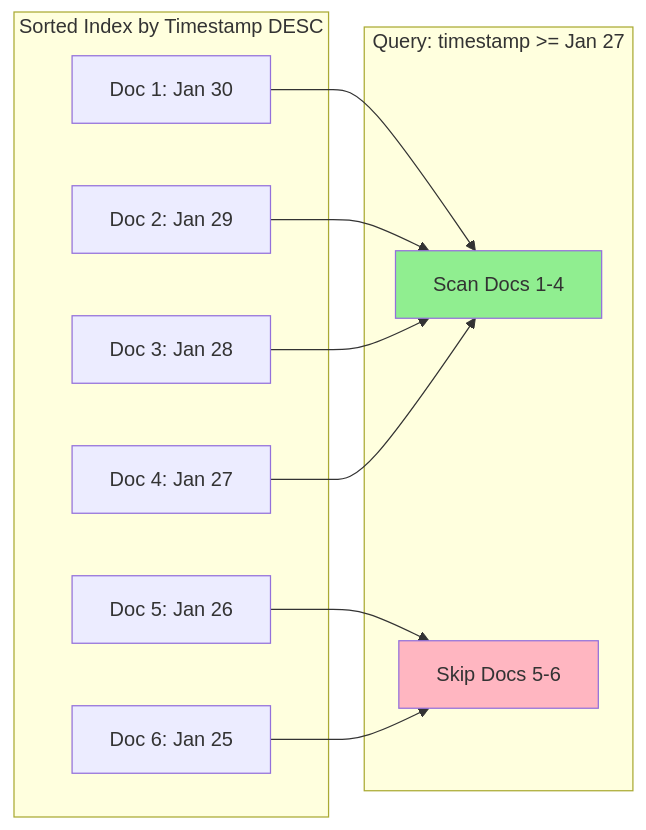
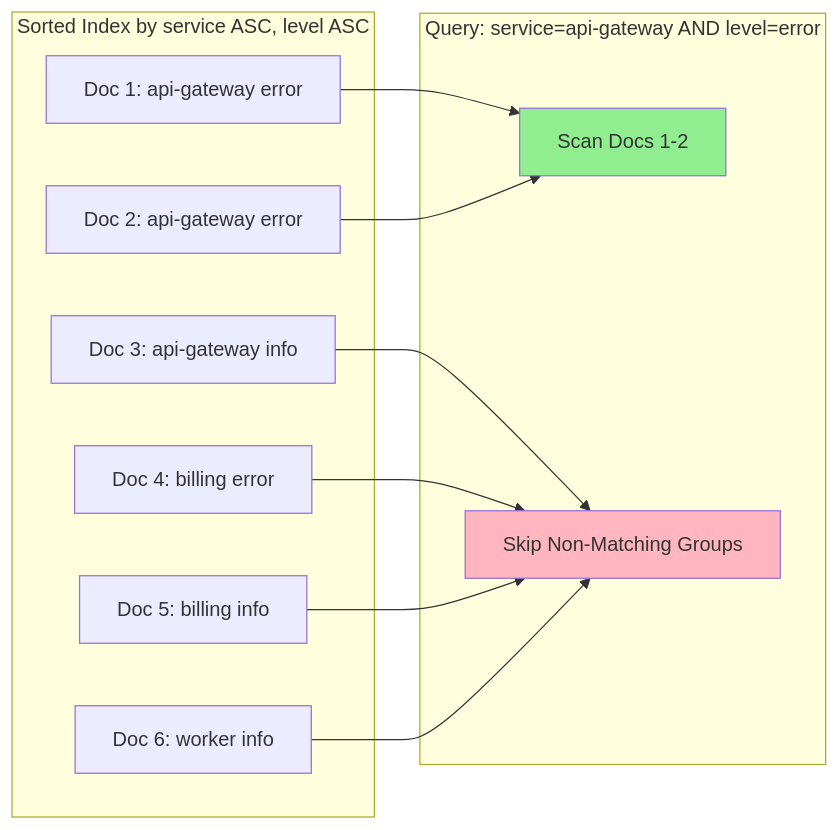
One commit to OneUptime/blog changed the third of 6 diagrams in posts/2026-01-30-elasticsearch-index-sorting/README.md. Above: the diagram before and after it, drawn with Mermaid. The commit also changed other lines of this file and 2 other files, not shown here.

Commit message:
validate: 2026-01-30-elasticsearch-index-sorting

````diff
--- a/posts/2026-01-30-elasticsearch-index-sorting/README.md
+++ b/posts/2026-01-30-elasticsearch-index-sorting/README.md
@@ -197,26 +197,26 @@
 ```mermaid
 flowchart LR
-    subgraph "Sorted Index by Timestamp DESC"
-        A[Doc 1: Jan 30]
-        B[Doc 2: Jan 29]
-        C[Doc 3: Jan 28]
-        D[Doc 4: Jan 27]
-        E[Doc 5: Jan 26]
-        F[Doc 6: Jan 25]
+    subgraph "Sorted Index by service ASC, level ASC"
+        A[Doc 1: api-gateway error]
+        B[Doc 2: api-gateway error]
+        C[Doc 3: api-gateway info]
+        D[Doc 4: billing error]
+        E[Doc 5: billing info]
+        F[Doc 6: worker info]
     end
 
-    subgraph "Query: timestamp >= Jan 27"
-        G[Scan Docs 1-4]
-        H[Skip Docs 5-6]
+    subgraph "Query: service=api-gateway AND level=error"
+        G[Scan Docs 1-2]
+        H[Skip Non-Matching Groups]
     end
 
     A --> G
     B --> G
-    C --> G
-    D --> G
+    C --> H
+    D --> H
     E --> H
     F --> H
 
     style H fill:#FFB6C1
     style G fill:#90EE90
 ```
````
